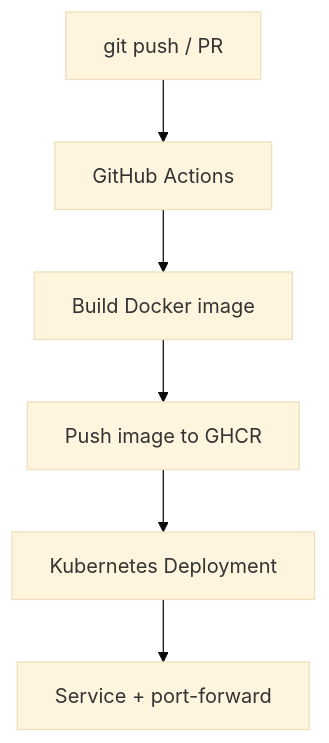
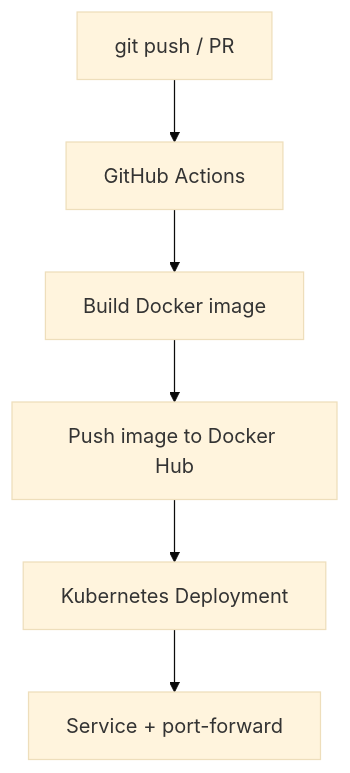
The diagram in docs/ARTICLE.md (rufilboss/devops-e2e-pipeline), drawn with Mermaid (base theme) before and after one commit. The commit also changed other lines of this file and 2 other files, not shown here.

````diff
--- a/docs/ARTICLE.md
+++ b/docs/ARTICLE.md
@@ -20,8 +20,8 @@
 ```mermaid
 flowchart TD
   A[git push / PR] --> B[GitHub Actions]
   B --> C[Build Docker image]
-  C --> D[Push image to GHCR]
+  C --> D[Push image to Docker Hub]
   D --> E[Kubernetes Deployment]
   E --> F[Service + port-forward]
 ```
````
